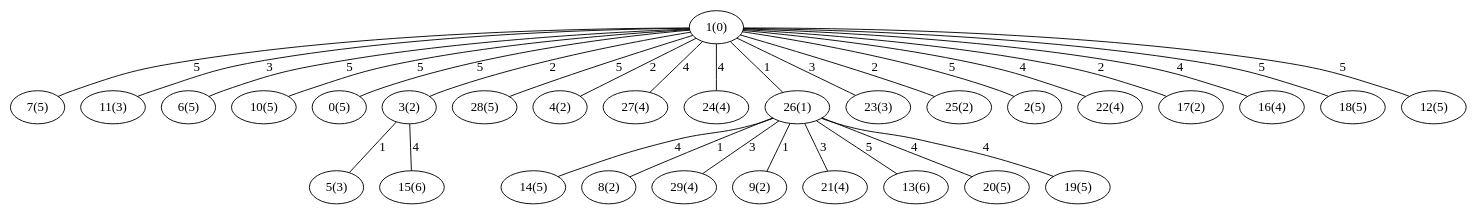
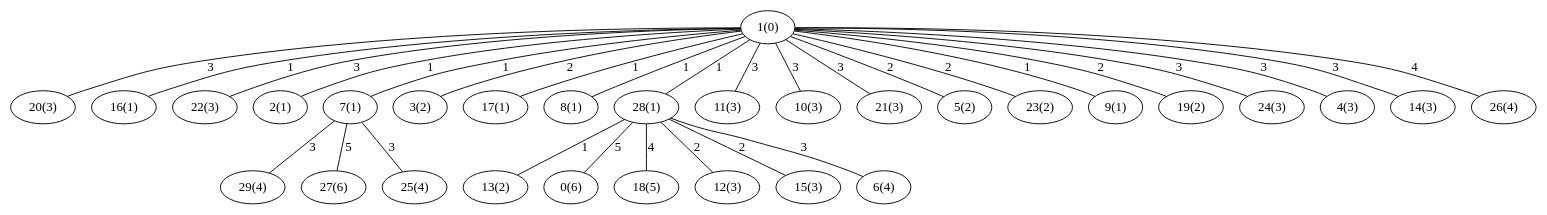
One commit to saradejesuss/GenerarGrafos changed the diagram in Dijkstra_Gilbert3030.gv. Above: the diagram before and after it, drawn with Graphviz. The commit also changed 8 other files, not shown here.

```diff
--- a/Dijkstra_Gilbert3030.gv
+++ b/Dijkstra_Gilbert3030.gv
@@ -1,61 +1,61 @@
 graph{
-   7 [label="7(5)"];
-   14 [label="14(5)"];
+   20 [label="20(3)"];
+   16 [label="16(1)"];
+   13 [label="13(2)"];
+   22 [label="22(3)"];
+   2 [label="2(1)"];
+   7 [label="7(1)"];
+   0 [label="0(6)"];
+   3 [label="3(2)"];
+   17 [label="17(1)"];
+   1 [label="1(0)"];
+   29 [label="29(4)"];
+   18 [label="18(5)"];
+   8 [label="8(1)"];
+   28 [label="28(1)"];
+   12 [label="12(3)"];
    11 [label="11(3)"];
-   8 [label="8(2)"];
-   6 [label="6(5)"];
-   5 [label="5(3)"];
-   10 [label="10(5)"];
-   29 [label="29(4)"];
-   0 [label="0(5)"];
-   3 [label="3(2)"];
-   1 [label="1(0)"];
-   28 [label="28(5)"];
-   9 [label="9(2)"];
-   4 [label="4(2)"];
-   27 [label="27(4)"];
-   21 [label="21(4)"];
-   24 [label="24(4)"];
-   26 [label="26(1)"];
-   23 [label="23(3)"];
-   25 [label="25(2)"];
-   2 [label="2(5)"];
-   22 [label="22(4)"];
-   17 [label="17(2)"];
-   13 [label="13(6)"];
-   15 [label="15(6)"];
-   16 [label="16(4)"];
-   18 [label="18(5)"];
-   12 [label="12(5)"];
-   20 [label="20(5)"];
-   19 [label="19(5)"];
-   26 -- 8 [label="1"];
-   1 -- 12 [label="5"];
-   26 -- 20 [label="4"];
-   1 -- 16 [label="4"];
-   1 -- 18 [label="5"];
-   1 -- 7 [label="5"];
-   26 -- 14 [label="4"];
+   10 [label="10(3)"];
+   21 [label="21(3)"];
+   5 [label="5(2)"];
+   15 [label="15(3)"];
+   23 [label="23(2)"];
+   9 [label="9(1)"];
+   19 [label="19(2)"];
+   24 [label="24(3)"];
+   4 [label="4(3)"];
+   14 [label="14(3)"];
+   6 [label="6(4)"];
+   27 [label="27(6)"];
+   25 [label="25(4)"];
+   26 [label="26(4)"];
+   1 -- 24 [label="3"];
+   1 -- 4 [label="3"];
+   28 -- 6 [label="3"];
+   1 -- 14 [label="3"];
+   1 -- 26 [label="4"];
+   1 -- 20 [label="3"];
+   1 -- 7 [label="1"];
+   7 -- 25 [label="3"];
+   28 -- 13 [label="1"];
+   1 -- 22 [label="3"];
+   1 -- 2 [label="1"];
+   28 -- 0 [label="5"];
+   1 -- 3 [label="2"];
+   1 -- 17 [label="1"];
+   1 -- 28 [label="1"];
+   7 -- 27 [label="5"];
+   7 -- 29 [label="3"];
+   28 -- 18 [label="4"];
+   1 -- 8 [label="1"];
+   1 -- 16 [label="1"];
+   1 -- 5 [label="2"];
+   28 -- 15 [label="2"];
+   28 -- 12 [label="2"];
+   1 -- 21 [label="3"];
    1 -- 11 [label="3"];
-   26 -- 19 [label="4"];
-   1 -- 6 [label="5"];
-   3 -- 5 [label="1"];
-   1 -- 10 [label="5"];
-   26 -- 29 [label="3"];
-   1 -- 28 [label="5"];
-   1 -- 0 [label="5"];
-   1 -- 3 [label="2"];
-   26 -- 9 [label="1"];
-   1 -- 26 [label="1"];
-   1 -- 4 [label="2"];
-   1 -- 27 [label="4"];
-   26 -- 21 [label="3"];
-   3 -- 15 [label="4"];
-   1 -- 24 [label="4"];
-   1 -- 23 [label="3"];
-   1 -- 25 [label="2"];
-   1 -- 22 [label="4"];
-   1 -- 2 [label="5"];
-   1 -- 17 [label="2"];
-   26 -- 13 [label="5"];
+   1 -- 10 [label="3"];
+   1 -- 23 [label="2"];
+   1 -- 9 [label="1"];
+   1 -- 19 [label="2"];
 }
```
